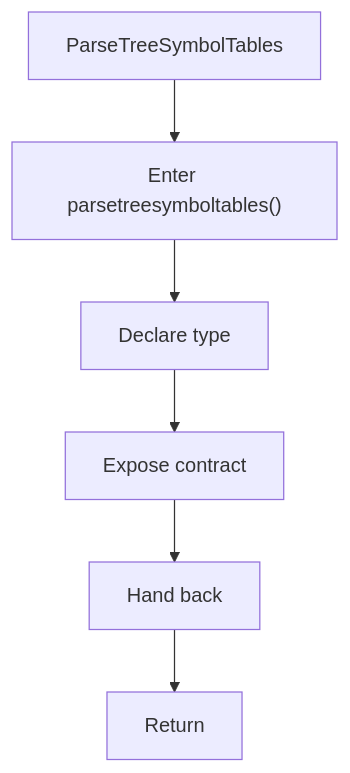
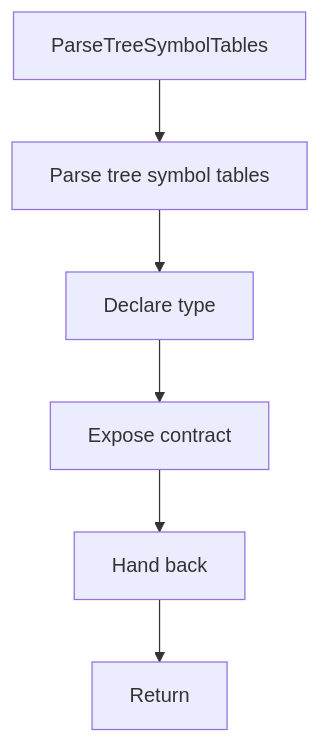
Before and after one commit to JohnAndrewBalbarosa/NeoTerritory: the diagram in docs/Codebase/Microservice/Modules/Header/SyntacticBrokenAST/Analysis/ImplementationUse/Binding/Symbols/Flow/functions/parsetreesymboltables.hpp.md, drawn with Mermaid. The commit also changed other lines of this file and 925 other files, not shown here.

````diff
--- a/docs/Codebase/Microservice/Modules/Header/SyntacticBrokenAST/Analysis/ImplementationUse/Binding/Symbols/Flow/functions/parsetreesymboltables.hpp.md
+++ b/docs/Codebase/Microservice/Modules/Header/SyntacticBrokenAST/Analysis/ImplementationUse/Binding/Symbols/Flow/functions/parsetreesymboltables.hpp.md
@@ -16,14 +16,14 @@
 ```mermaid
 flowchart TD
     Start["ParseTreeSymbolTables"]
-    N0["Enter parsetreesymboltables()"]
+    N0["Parse tree symbol tables"]
     N1["Declare type"]
     N2["Expose contract"]
     N3["Hand back"]
     End["Return"]
     Start --> N0
     N0 --> N1
     N1 --> N2
     N2 --> N3
     N3 --> End
 ```
````
